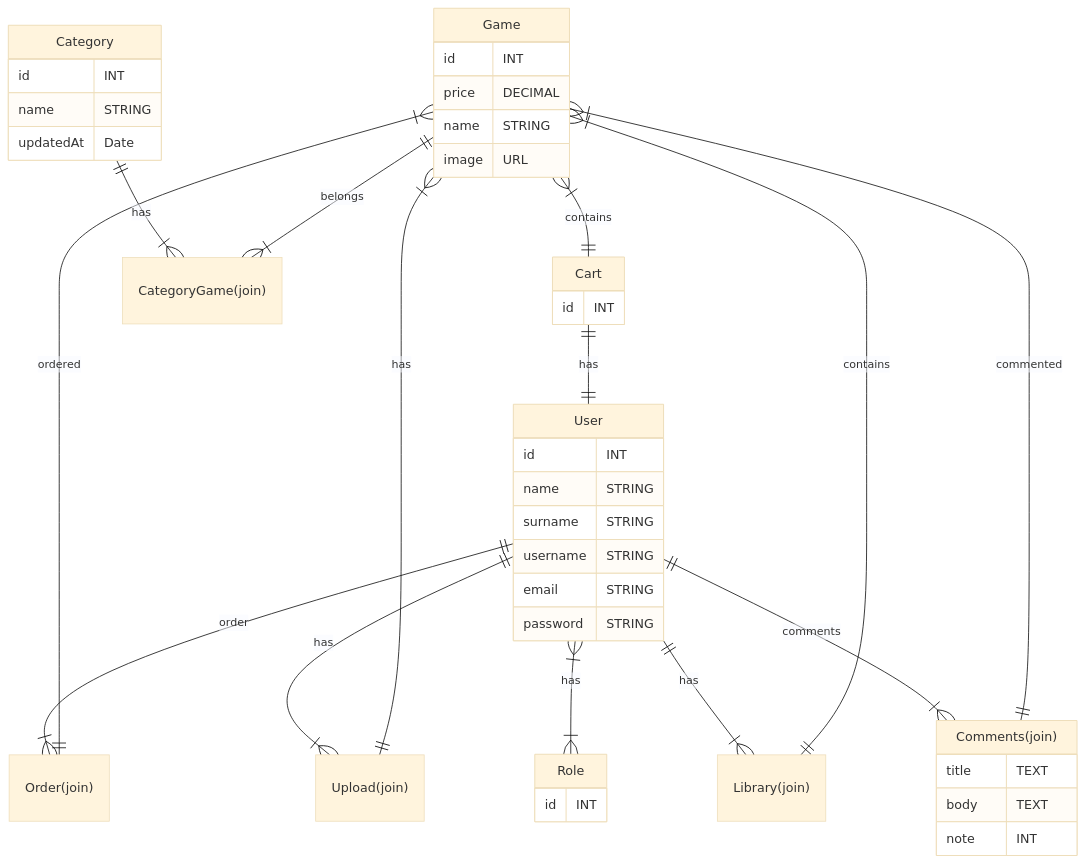
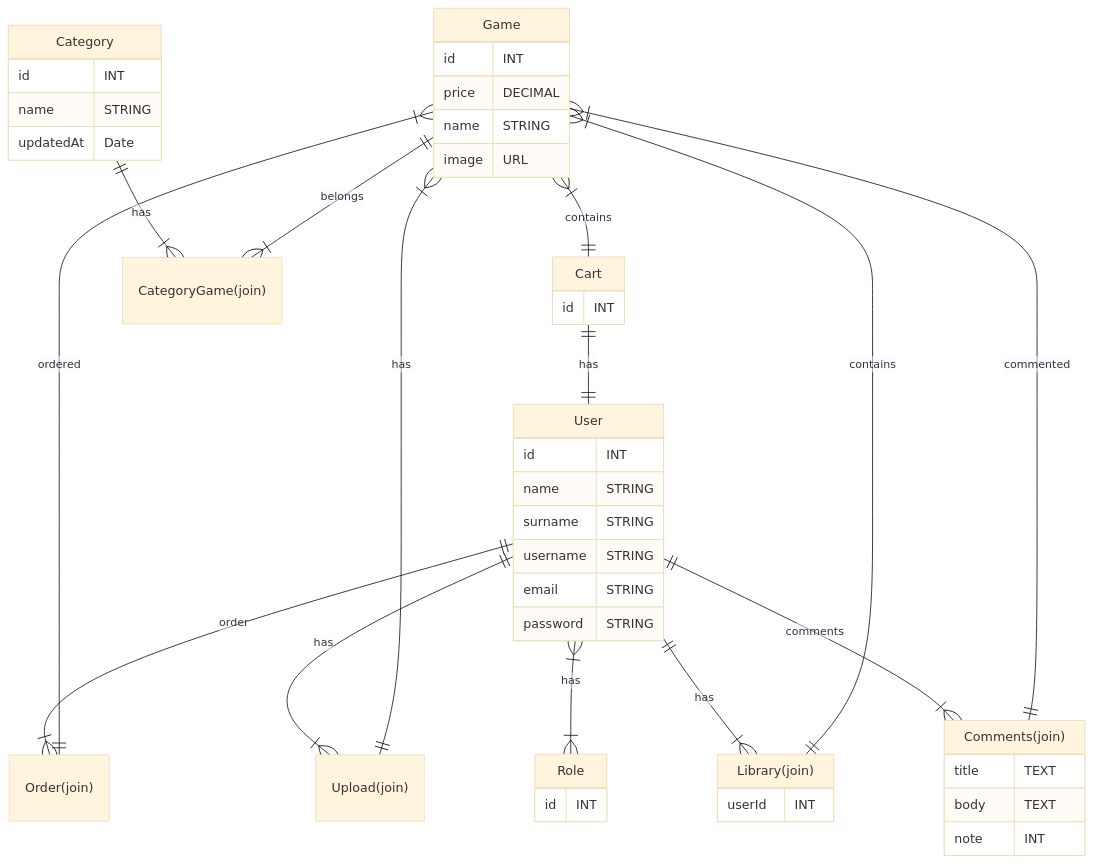
Before and after one commit to JameS-Gmz/api-Rest: the diagram in README.md, drawn with Mermaid (base theme).

`````diff
--- a/README.md
+++ b/README.md
@@ -40,81 +40,82 @@
 ````mermaid
  erDiagram
  
 Game
 Category
 Cart
 User
 Role
 
 Game{
 id INT
 price DECIMAL
 name STRING
 image URL
 }
 
 Category{
 id INT
 name STRING
 updatedAt Date
 }
 
 Cart{
 id INT
 }
 
 User{
 id INT
 name STRING
 surname STRING
 username STRING
 email STRING
 password STRING
 }
 
 Role{
 id INT 
 }
 
 CategoryGame["CategoryGame(join)"]{
     }
 
 Upload["Upload(join)"]{
     }
 
 Comments["Comments(join)"]{
 title TEXT
 body TEXT
 note INT
     }
 
 Library["Library(join)"]{
+userId INT
     }
 
 Order["Order(join)"]{
     }
 
 User ||--|{ Comments : comments
 Comments ||--|{ Game : commented
 
 User ||--|{ Library : has
 Library ||--|{ Game : contains
 
 User ||--|{ Upload : has
 Upload ||--|{ Game : has
 
 
 Category ||--|{ CategoryGame : has
 Game ||--|{ CategoryGame : belongs
 
 Game }|--|| Cart : contains
 Cart ||--|| User : has
 
 
 User ||--|{ Order : order
 Order ||--|{ Game : ordered
 
 User }|--|{ Role : has
 
 
 ````
`````
